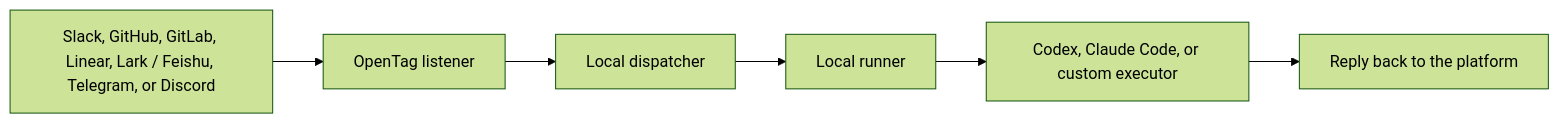
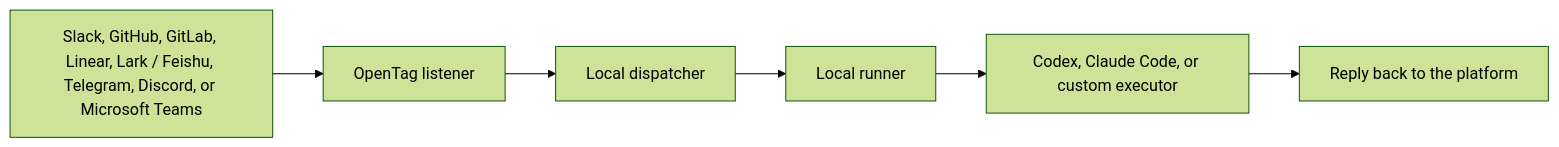
One commit to amplifthq/opentag changed the diagram in README.md. Above: the diagram before and after it, drawn with Mermaid (forest theme). The commit also changed other lines of this file and 59 other files, not shown here.

First line of the commit message:
Add Microsoft Teams platform adapter (#84)

````diff
--- a/README.md
+++ b/README.md
@@ -213,8 +214,8 @@
 ```mermaid
 flowchart LR
-    A["Slack, GitHub, GitLab, Linear, Lark / Feishu, Telegram, or Discord"] --> B["OpenTag listener"]
+    A["Slack, GitHub, GitLab, Linear, Lark / Feishu, Telegram, Discord, or Microsoft Teams"] --> B["OpenTag listener"]
     B --> C["Local dispatcher"]
     C --> D["Local runner"]
     D --> E["Codex, Claude Code, or custom executor"]
     E --> F["Reply back to the platform"]
 ```
````
